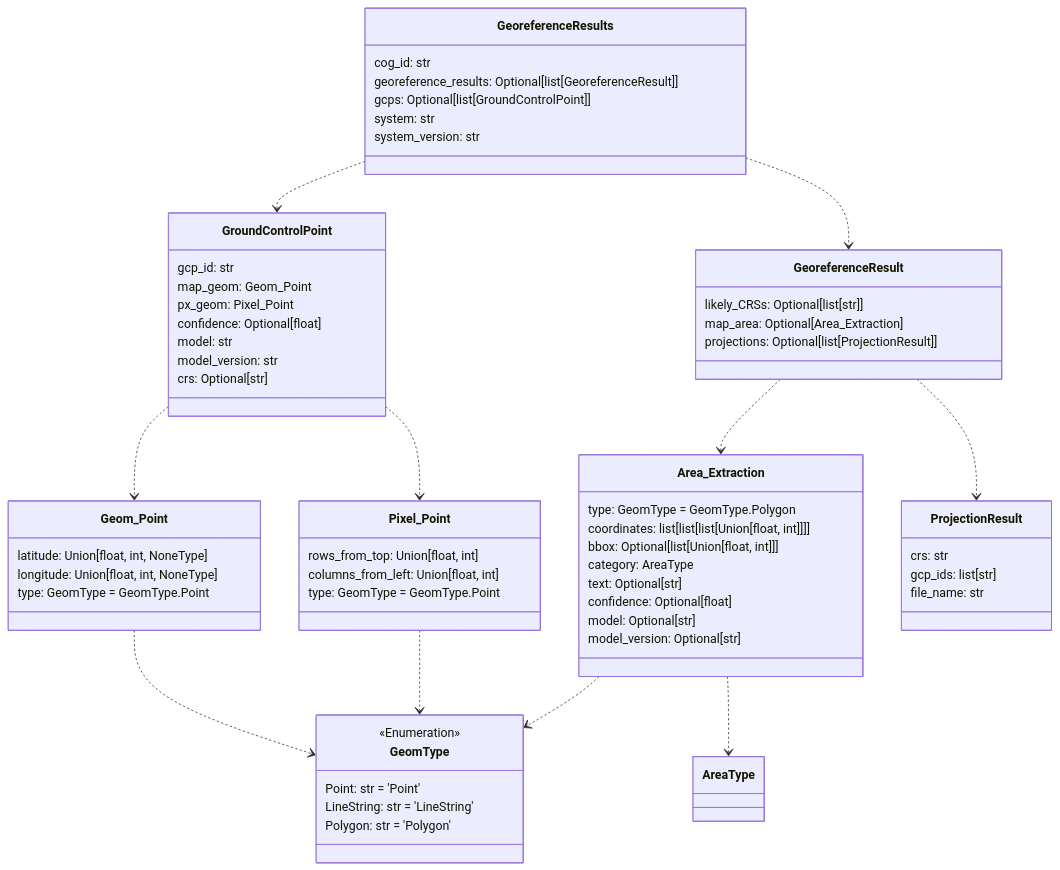
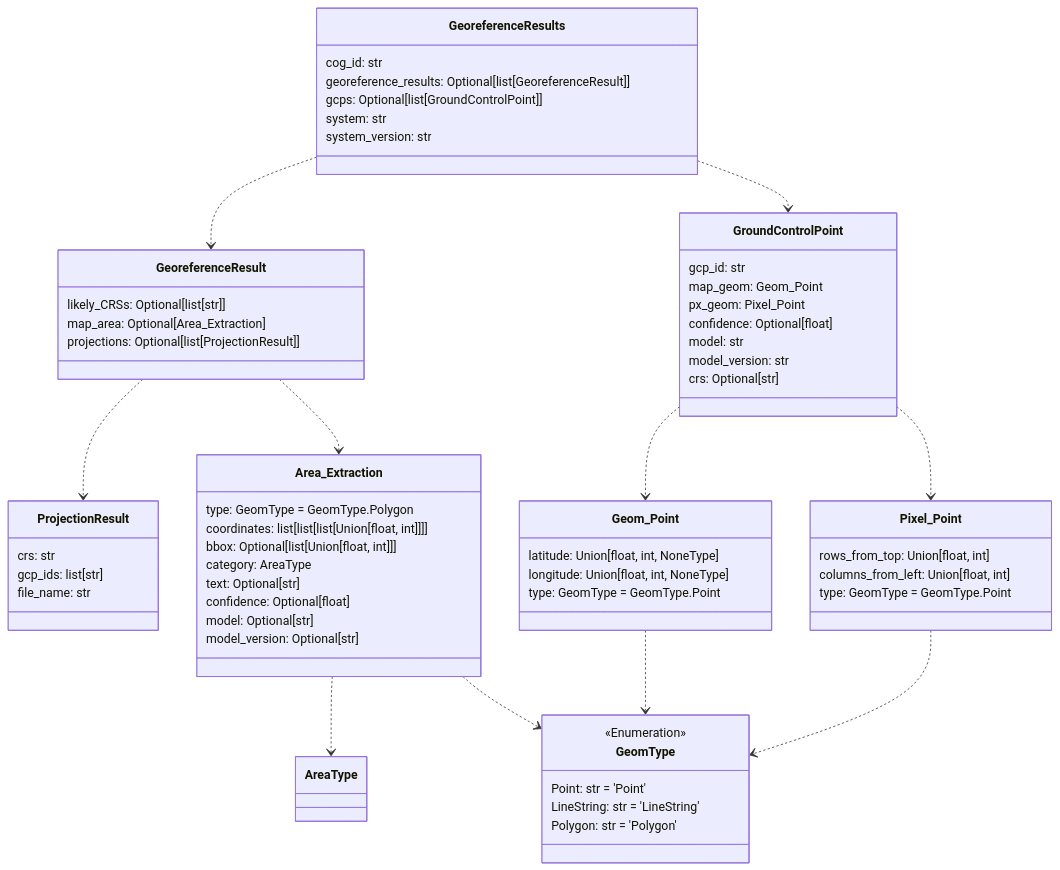
Before and after one commit to DARPA-CRITICALMAAS/cdr_schemas: the second of 12 diagrams in README.md, drawn with Mermaid. The commit also changed other lines of this file and 1 other file, not shown here.

````diff
--- a/README.md
+++ b/README.md
@@ -113,76 +113,76 @@
 ```mermaid
 classDiagram
 
-    class GroundControlPoint {
-        gcp_id: str
-        map_geom: Geom_Point
-        px_geom: Pixel_Point
-        confidence: Optional[float]
-        model: str
-        model_version: str
-        crs: Optional[str]
+    class ProjectionResult {
+        crs: str
+        gcp_ids: list[str]
+        file_name: str
+    }
+
+    class Pixel_Point {
+        rows_from_top: Union[float, int]
+        columns_from_left: Union[float, int]
+        type: GeomType = GeomType.Point
     }
 
     class GeomType {
         <<Enumeration>>
         Point: str = 'Point'
         LineString: str = 'LineString'
         Polygon: str = 'Polygon'
     }
 
-    class ProjectionResult {
-        crs: str
-        gcp_ids: list[str]
-        file_name: str
+    class GeoreferenceResult {
+        likely_CRSs: Optional[list[str]]
+        map_area: Optional[Area_Extraction]
+        projections: Optional[list[ProjectionResult]]
     }
 
     class GeoreferenceResults {
         cog_id: str
         georeference_results: Optional[list[GeoreferenceResult]]
         gcps: Optional[list[GroundControlPoint]]
         system: str
         system_version: str
-    }
-
-    class Pixel_Point {
-        rows_from_top: Union[float, int]
-        columns_from_left: Union[float, int]
-        type: GeomType = GeomType.Point
-    }
-
-    class Geom_Point {
-        latitude: Union[float, int, NoneType]
-        longitude: Union[float, int, NoneType]
-        type: GeomType = GeomType.Point
-    }
-
-    class GeoreferenceResult {
-        likely_CRSs: Optional[list[str]]
-        map_area: Optional[Area_Extraction]
-        projections: Optional[list[ProjectionResult]]
     }
 
     class Area_Extraction {
         type: GeomType = GeomType.Polygon
         coordinates: list[list[list[Union[float, int]]]]
         bbox: Optional[list[Union[float, int]]]
         category: AreaType
         text: Optional[str]
         confidence: Optional[float]
         model: Optional[str]
         model_version: Optional[str]
     }
 
+    class Geom_Point {
+        latitude: Union[float, int, NoneType]
+        longitude: Union[float, int, NoneType]
+        type: GeomType = GeomType.Point
+    }
+
+    class GroundControlPoint {
+        gcp_id: str
+        map_geom: Geom_Point
+        px_geom: Pixel_Point
+        confidence: Optional[float]
+        model: str
+        model_version: str
+        crs: Optional[str]
+    }
+
+    Area_Extraction ..> AreaType
     Area_Extraction ..> GeomType
-    Area_Extraction ..> AreaType
     Geom_Point ..> GeomType
     Pixel_Point ..> GeomType
     GroundControlPoint ..> Geom_Point
     GroundControlPoint ..> Pixel_Point
+    GeoreferenceResult ..> ProjectionResult
     GeoreferenceResult ..> Area_Extraction
-    GeoreferenceResult ..> ProjectionResult
     GeoreferenceResults ..> GroundControlPoint
     GeoreferenceResults ..> GeoreferenceResult
 
 
 ```
````
